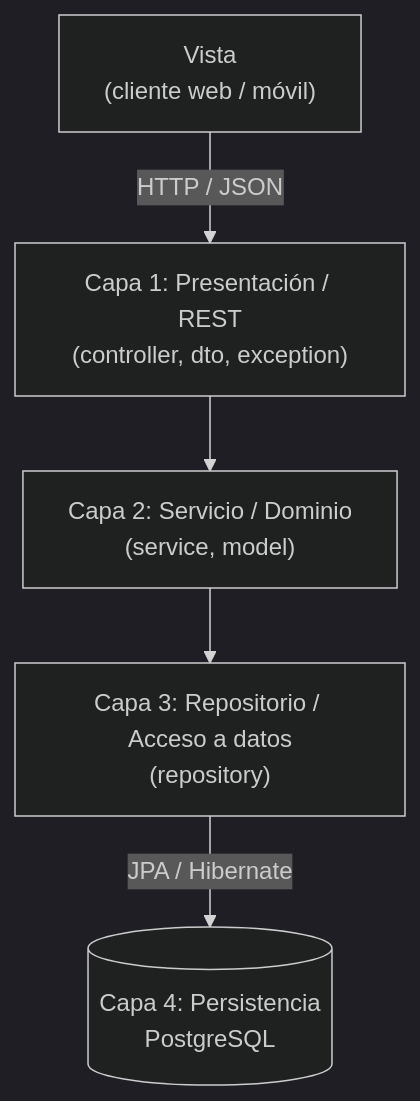
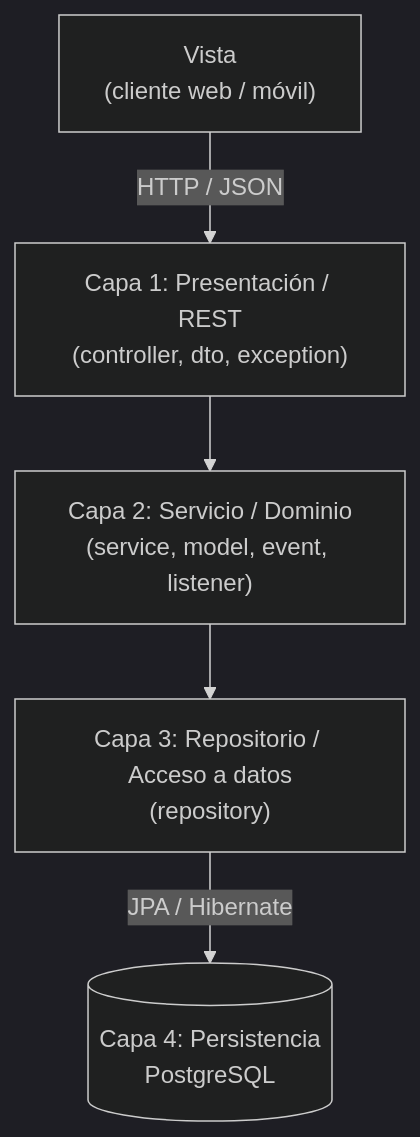
One commit to Angel-uniajc/AgrovalleConnect changed the first of 4 diagrams in docs/diseno/arquitectura-mvc-gof.md. Above: the diagram before and after it, drawn with Mermaid (dark theme). The commit also changed other lines of this file and 1 other file, not shown here.

````diff
--- a/docs/diseno/arquitectura-mvc-gof.md
+++ b/docs/diseno/arquitectura-mvc-gof.md
@@ -33,13 +33,13 @@
 ```mermaid
 flowchart TD
     V["Vista<br/>(cliente web / móvil)"]
     P["Capa 1: Presentación / REST<br/>(controller, dto, exception)"]
-    S["Capa 2: Servicio / Dominio<br/>(service, model)"]
+    S["Capa 2: Servicio / Dominio<br/>(service, model, event, listener)"]
     R["Capa 3: Repositorio / Acceso a datos<br/>(repository)"]
     DB[("Capa 4: Persistencia<br/>PostgreSQL")]
 
     V -->|HTTP / JSON| P
     P --> S
     S --> R
     R -->|JPA / Hibernate| DB
 ```
````
